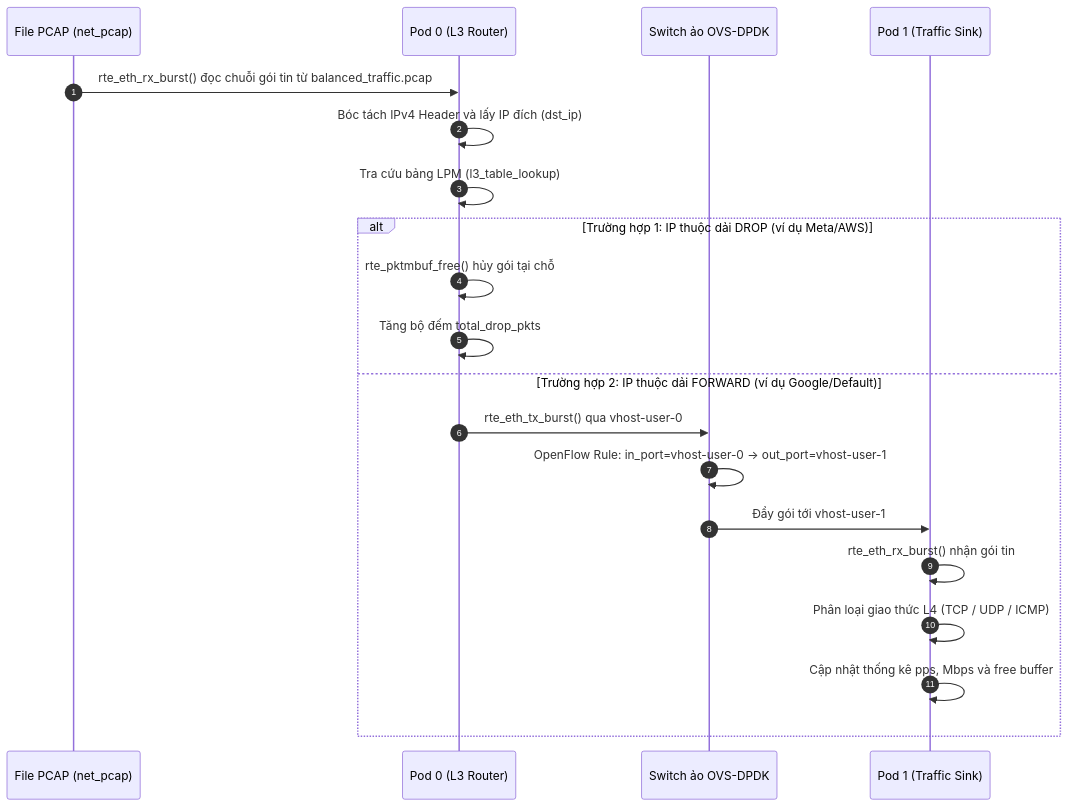
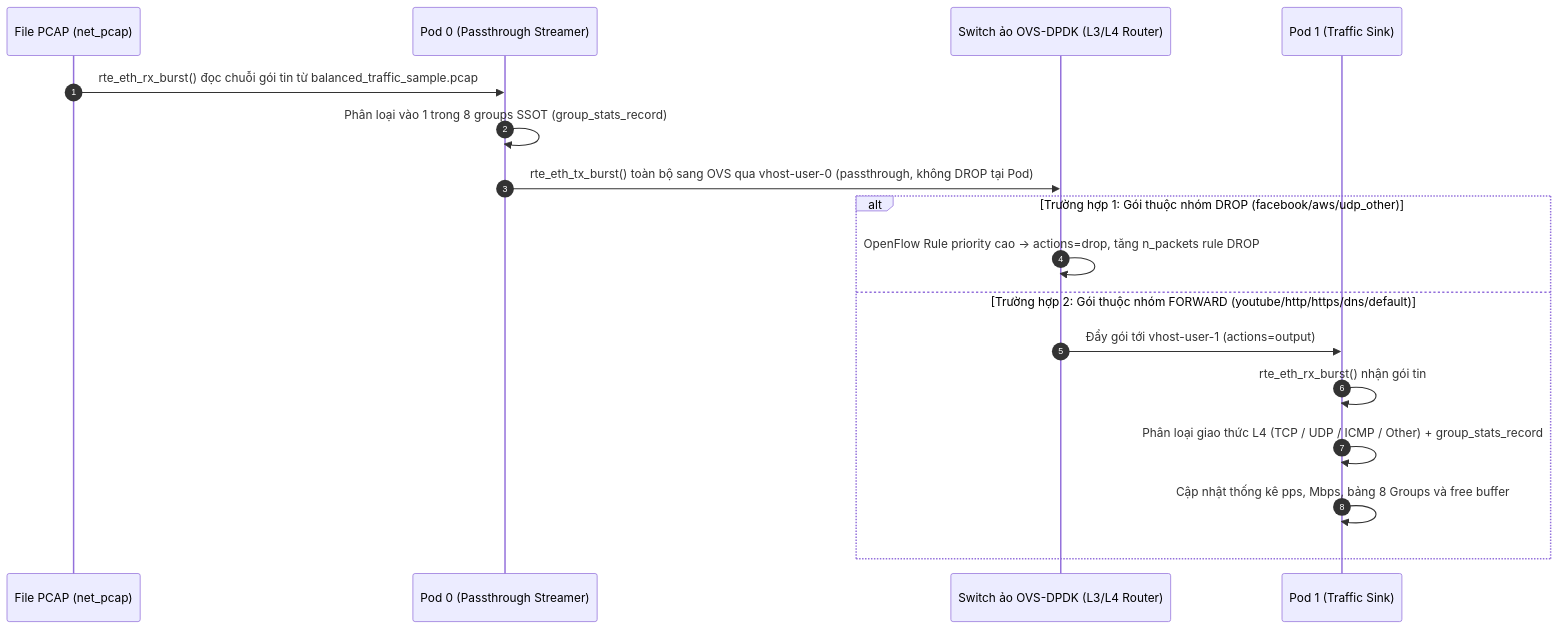
Before and after one commit to ducanh2006/K8s-DPDK-L3-Bridge: the diagram in README.md, drawn with Mermaid. The commit also changed other lines of this file and 4 other files, not shown here.

````diff
--- a/README.md
+++ b/README.md
@@ -100,24 +99,21 @@
 ```mermaid
 sequenceDiagram
     autonumber
     participant PCAP as File PCAP (net_pcap)
-    participant P0 as Pod 0 (L3 Router)
-    participant OVS as Switch ảo OVS-DPDK
+    participant P0 as Pod 0 (Passthrough Streamer)
+    participant OVS as Switch ảo OVS-DPDK (L3/L4 Router)
     participant P1 as Pod 1 (Traffic Sink)
 
-    PCAP->>P0: rte_eth_rx_burst() đọc chuỗi gói tin từ balanced_traffic.pcap
-    P0->>P0: Bóc tách IPv4 Header và lấy IP đích (dst_ip)
-    P0->>P0: Tra cứu bảng LPM (l3_table_lookup)
-    
-    alt Trường hợp 1: IP thuộc dải DROP (ví dụ Meta/AWS)
-        P0->>P0: rte_pktmbuf_free() hủy gói tại chỗ
-        P0->>P0: Tăng bộ đếm total_drop_pkts
-    else Trường hợp 2: IP thuộc dải FORWARD (ví dụ Google/Default)
-        P0->>OVS: rte_eth_tx_burst() qua vhost-user-0
-        OVS->>OVS: OpenFlow Rule: in_port=vhost-user-0 -> out_port=vhost-user-1
-        OVS->>P1: Đẩy gói tới vhost-user-1
+    PCAP->>P0: rte_eth_rx_burst() đọc chuỗi gói tin từ balanced_traffic_sample.pcap
+    P0->>P0: Phân loại vào 1 trong 8 groups SSOT (group_stats_record)
+    P0->>OVS: rte_eth_tx_burst() toàn bộ sang OVS qua vhost-user-0 (passthrough, không DROP tại Pod)
+
+    alt Trường hợp 1: Gói thuộc nhóm DROP (facebook/aws/udp_other)
+        OVS->>OVS: OpenFlow Rule priority cao -> actions=drop, tăng n_packets rule DROP
+    else Trường hợp 2: Gói thuộc nhóm FORWARD (youtube/http/https/dns/default)
+        OVS->>P1: Đẩy gói tới vhost-user-1 (actions=output)
         P1->>P1: rte_eth_rx_burst() nhận gói tin
-        P1->>P1: Phân loại giao thức L4 (TCP / UDP / ICMP)
-        P1->>P1: Cập nhật thống kê pps, Mbps và free buffer
+        P1->>P1: Phân loại giao thức L4 (TCP / UDP / ICMP / Other) + group_stats_record
+        P1->>P1: Cập nhật thống kê pps, Mbps, bảng 8 Groups và free buffer
     end
 ```
````
